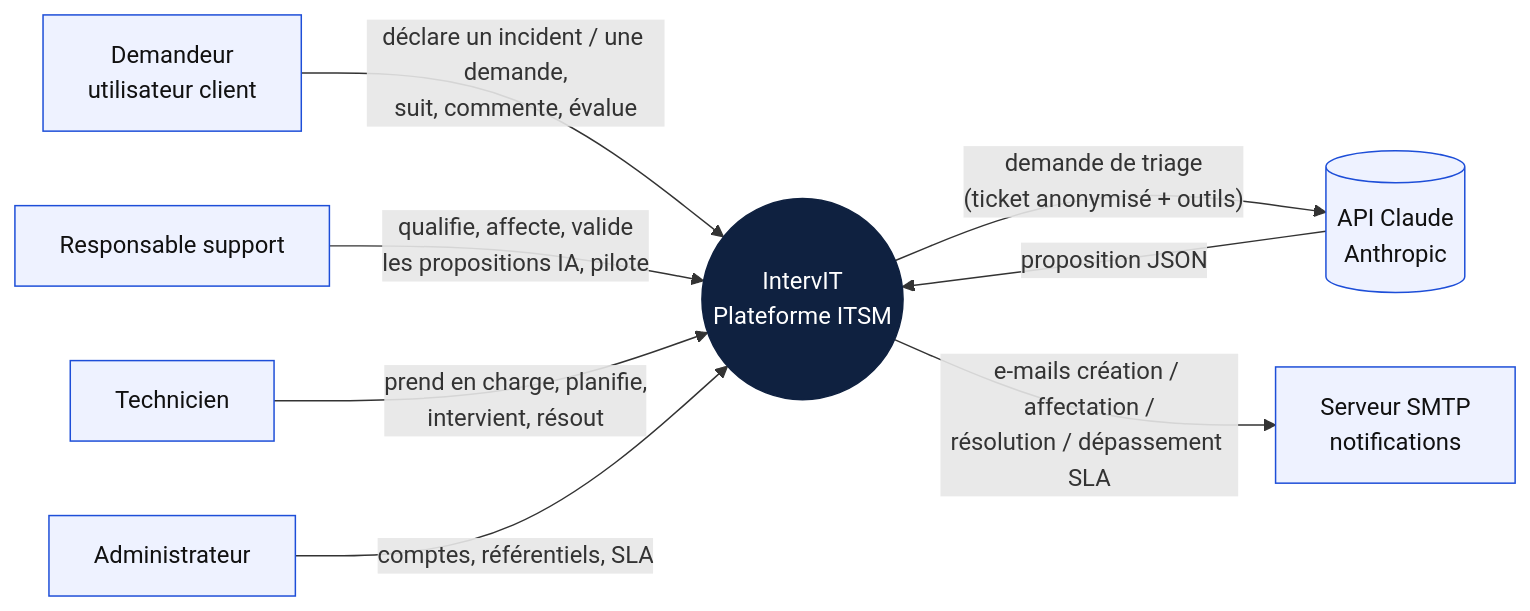
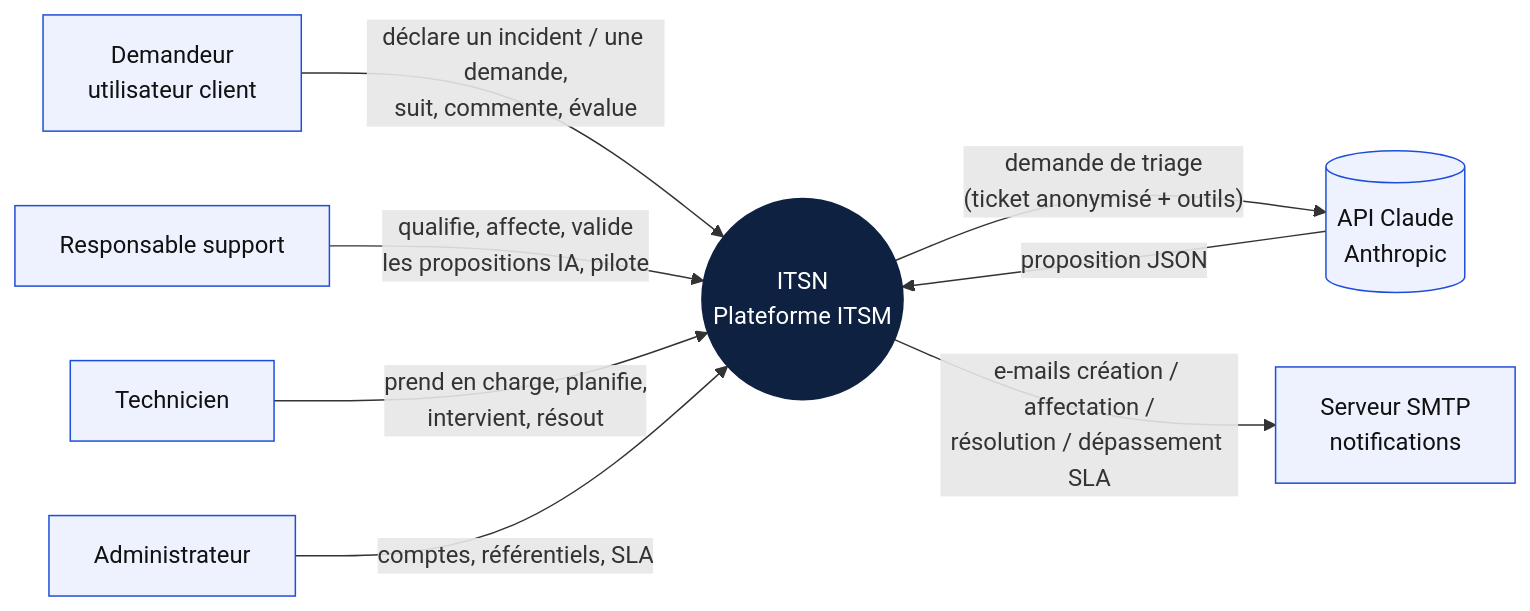
The diagram in docs/diagrams/01-contexte.mmd (domoufan/itsn), drawn with Mermaid before and after one commit. The commit also changed 476 other files, not shown here.

First line of the commit message:
feat: renommage ITSN, charte graphique et refonte UI/UX, tests backend verts (40/40), preuves de tests, mémoire v0.2

```diff
--- a/docs/diagrams/01-contexte.mmd
+++ b/docs/diagrams/01-contexte.mmd
@@ -1,17 +1,17 @@
 flowchart LR
     classDef ext fill:#eef2ff,stroke:#1d4ed8,color:#111
     classDef sys fill:#0f2140,stroke:#0f2140,color:#fff
     D[Demandeur<br/>utilisateur client]:::ext
     M[Responsable support]:::ext
     T[Technicien]:::ext
     A[Administrateur]:::ext
-    S((IntervIT<br/>Plateforme ITSM)):::sys
+    S((ITSN<br/>Plateforme ITSM)):::sys
     IA[(API Claude<br/>Anthropic)]:::ext
     MAIL[Serveur SMTP<br/>notifications]:::ext
     D -- "déclare un incident / une demande,<br/>suit, commente, évalue" --> S
     M -- "qualifie, affecte, valide<br/>les propositions IA, pilote" --> S
     T -- "prend en charge, planifie,<br/>intervient, résout" --> S
     A -- "comptes, référentiels, SLA" --> S
     S -- "demande de triage<br/>(ticket anonymisé + outils)" --> IA
     IA -- "proposition JSON" --> S
     S -- "e-mails création / affectation /<br/>résolution / dépassement SLA" --> MAIL
```
